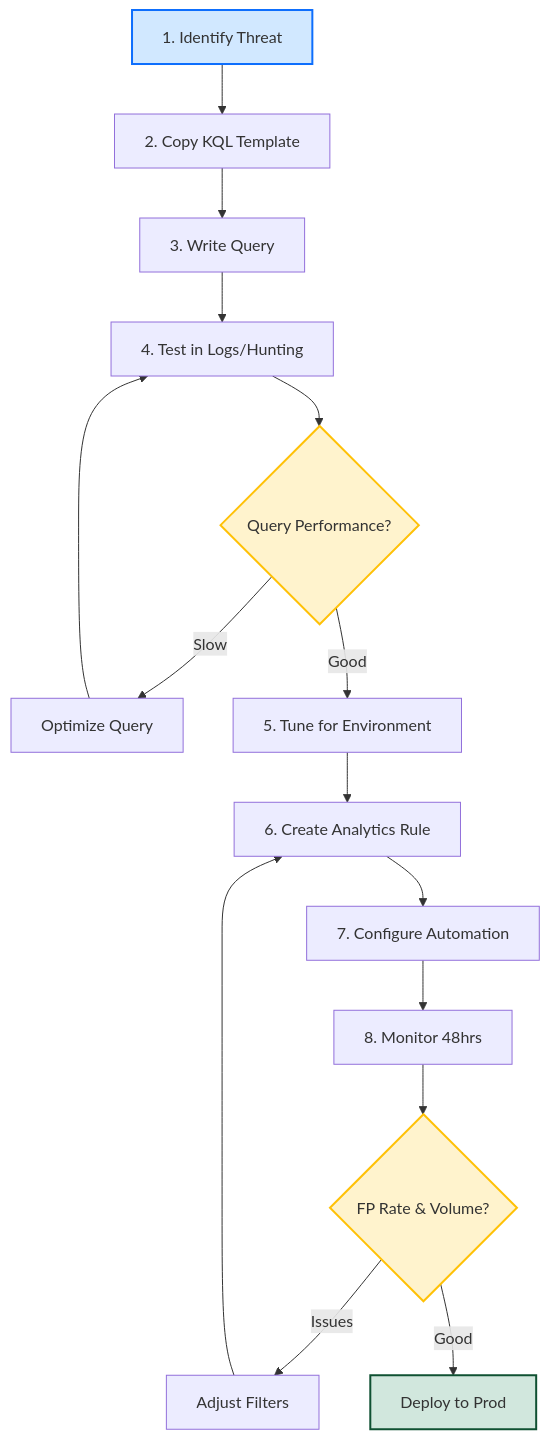
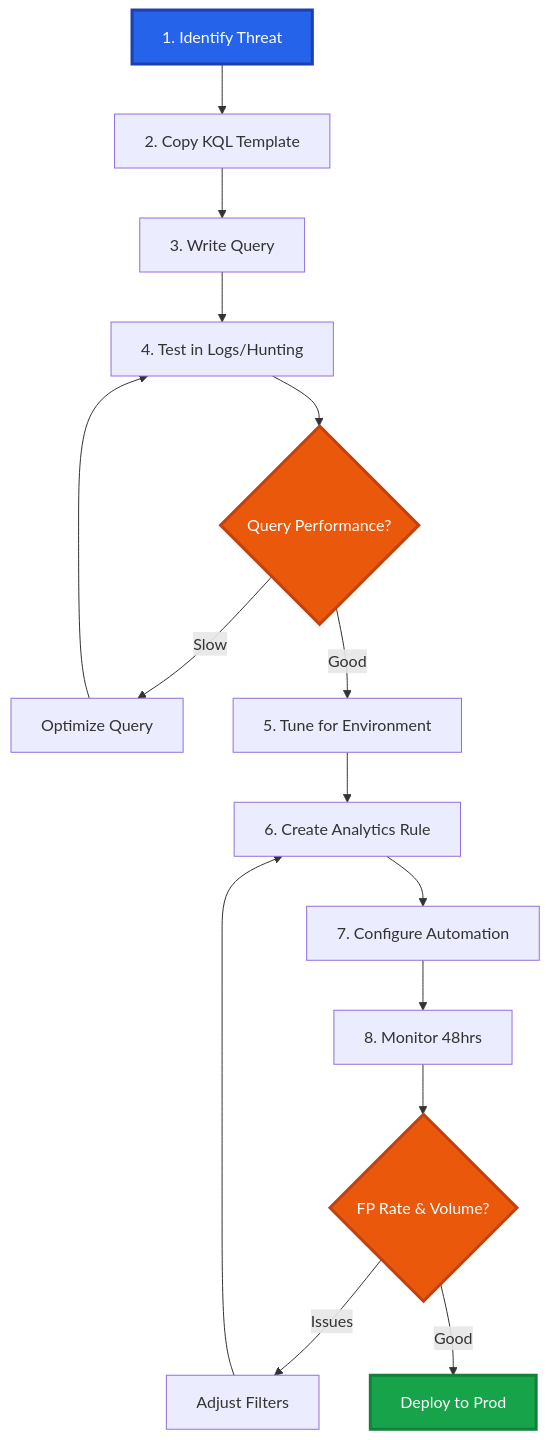
Before and after one commit to PrototypePrime/Microsoft_Defender_KQL_Detection: the diagram in README.md, drawn with Mermaid.

Commit message:
cosmetic changes

````diff
--- a/README.md
+++ b/README.md
@@ -166,22 +166,22 @@
 ```mermaid
 graph TD
     A[1. Identify Threat] --> B[2. Copy KQL Template]
     B --> C[3. Write Query]
     C --> D[4. Test in Logs/Hunting]
     D --> E{Query Performance?}
     E -->|Slow| F[Optimize Query]
     F --> D
     E -->|Good| G[5. Tune for Environment]
     G --> H[6. Create Analytics Rule]
     H --> I[7. Configure Automation]
     I --> J[8. Monitor 48hrs]
     J --> K{FP Rate & Volume?}
     K -->|Issues| L[Adjust Filters]
     L --> H
     K -->|Good| M[Deploy to Prod]
     
-    style A fill:#d1e8ff,stroke:#0d6efd,stroke-width:2px
-    style M fill:#d1e7dd,stroke:#0f5132,stroke-width:2px
-    style E fill:#fff3cd,stroke:#ffc107,stroke-width:2px
-    style K fill:#fff3cd,stroke:#ffc107,stroke-width:2px
+    style A fill:#2563eb,color:#fff,stroke:#1e40af,stroke-width:3px
+    style M fill:#16a34a,color:#fff,stroke:#15803d,stroke-width:3px
+    style E fill:#ea580c,color:#fff,stroke:#c2410c,stroke-width:3px
+    style K fill:#ea580c,color:#fff,stroke:#c2410c,stroke-width:3px
 ```
````
